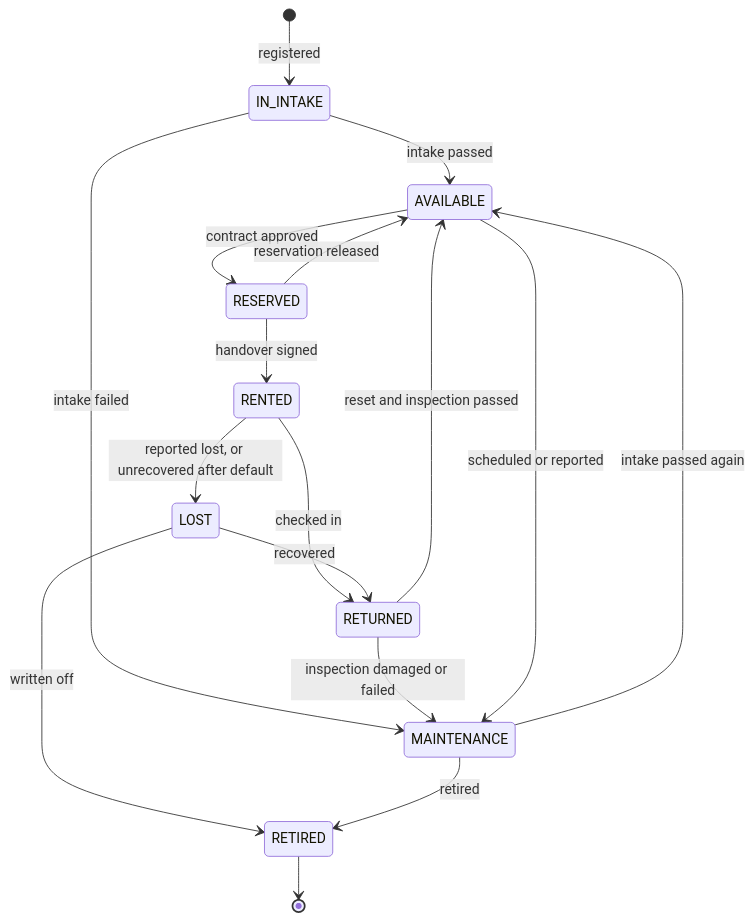
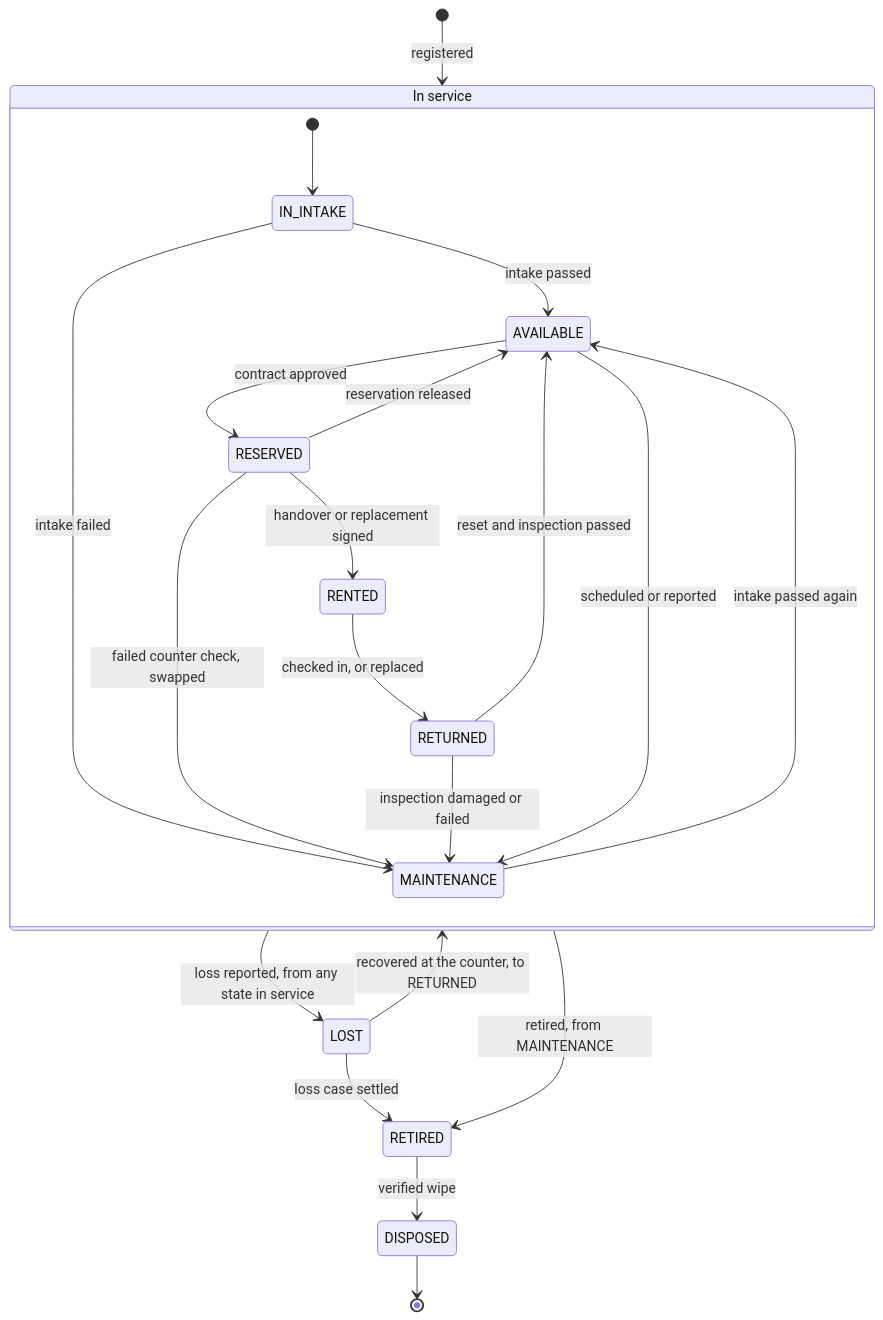
Before and after one commit to TrekLink-Team/treklink-web: the second of 12 diagrams in specs/devices/design.md, drawn with Mermaid. The commit also changed other lines of this file and 39 other files, not shown here.

Commit message:
docs: design loss cases, replacement, disposal and compliance cases

````diff
--- a/specs/devices/design.md
+++ b/specs/devices/design.md
@@ -41,19 +41,24 @@
 ```mermaid
 stateDiagram-v2
-    [*] --> IN_INTAKE : registered
-    IN_INTAKE --> AVAILABLE : intake passed
-    IN_INTAKE --> MAINTENANCE : intake failed
-    AVAILABLE --> RESERVED : contract approved
-    RESERVED --> AVAILABLE : reservation released
-    RESERVED --> RENTED : handover signed
-    RENTED --> RETURNED : checked in
-    RENTED --> LOST : reported lost, or unrecovered after default
-    LOST --> RETURNED : recovered
-    LOST --> RETIRED : written off
-    RETURNED --> AVAILABLE : reset and inspection passed
-    RETURNED --> MAINTENANCE : inspection damaged or failed
-    AVAILABLE --> MAINTENANCE : scheduled or reported
-    MAINTENANCE --> AVAILABLE : intake passed again
-    MAINTENANCE --> RETIRED : retired
-    RETIRED --> [*]
+    [*] --> IN_SERVICE : registered
+    state "In service" as IN_SERVICE {
+        [*] --> IN_INTAKE
+        IN_INTAKE --> AVAILABLE : intake passed
+        IN_INTAKE --> MAINTENANCE : intake failed
+        AVAILABLE --> RESERVED : contract approved
+        RESERVED --> AVAILABLE : reservation released
+        RESERVED --> MAINTENANCE : failed counter check, swapped
+        RESERVED --> RENTED : handover or replacement signed
+        RENTED --> RETURNED : checked in, or replaced
+        RETURNED --> AVAILABLE : reset and inspection passed
+        RETURNED --> MAINTENANCE : inspection damaged or failed
+        AVAILABLE --> MAINTENANCE : scheduled or reported
+        MAINTENANCE --> AVAILABLE : intake passed again
+    }
+    IN_SERVICE --> LOST : loss reported, from any state in service
+    LOST --> IN_SERVICE : recovered at the counter, to RETURNED
+    LOST --> RETIRED : loss case settled
+    IN_SERVICE --> RETIRED : retired, from MAINTENANCE
+    RETIRED --> DISPOSED : verified wipe
+    DISPOSED --> [*]
 ```
````
